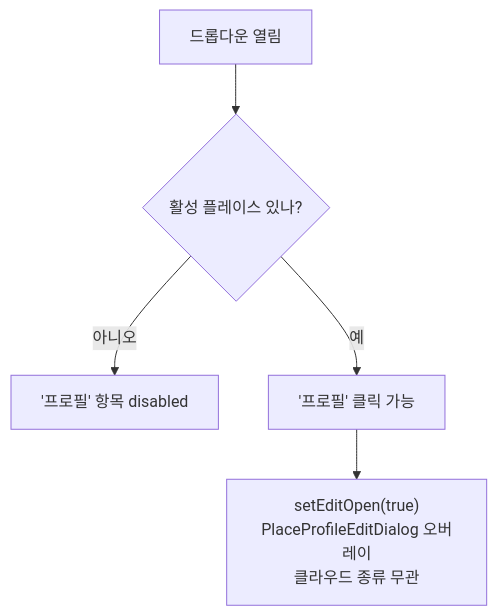
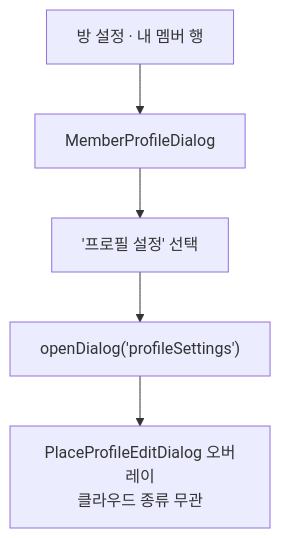
The second of 2 diagrams in apps/web/docs/feature/home/place-profile.md (lemoncloud-io/dou-app), drawn with Mermaid before and after one commit. The commit also changed other lines of this file and 2 other files, not shown here.

First line of the commit message:
docs(web/home): move the place-profile docs to where the code actually went

````diff
--- a/apps/web/docs/feature/home/place-profile.md
+++ b/apps/web/docs/feature/home/place-profile.md
@@ -75,7 +74,7 @@
 ```mermaid
 flowchart TD
-    A[드롭다운 열림] --> B{활성 플레이스 있나?}
-    B -- 아니오 --> C['프로필' 항목 disabled]
-    B -- 예 --> D['프로필' 클릭 가능]
-    D --> E[setEditOpen#40;true#41;<br/>PlaceProfileEditDialog 오버레이<br/>클라우드 종류 무관]
+    A[방 설정 · 내 멤버 행] --> B[MemberProfileDialog]
+    B --> C['프로필 설정' 선택]
+    C --> D["openDialog('profileSettings')"]
+    D --> E[PlaceProfileEditDialog 오버레이<br/>클라우드 종류 무관]
 ```
````
